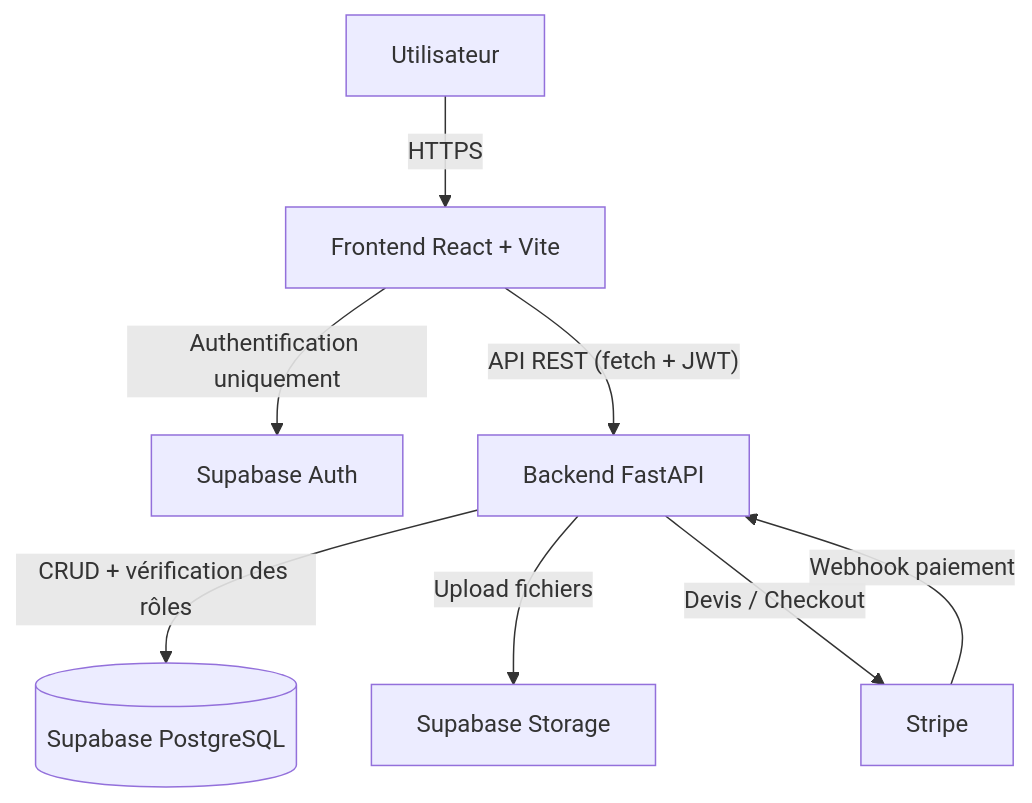
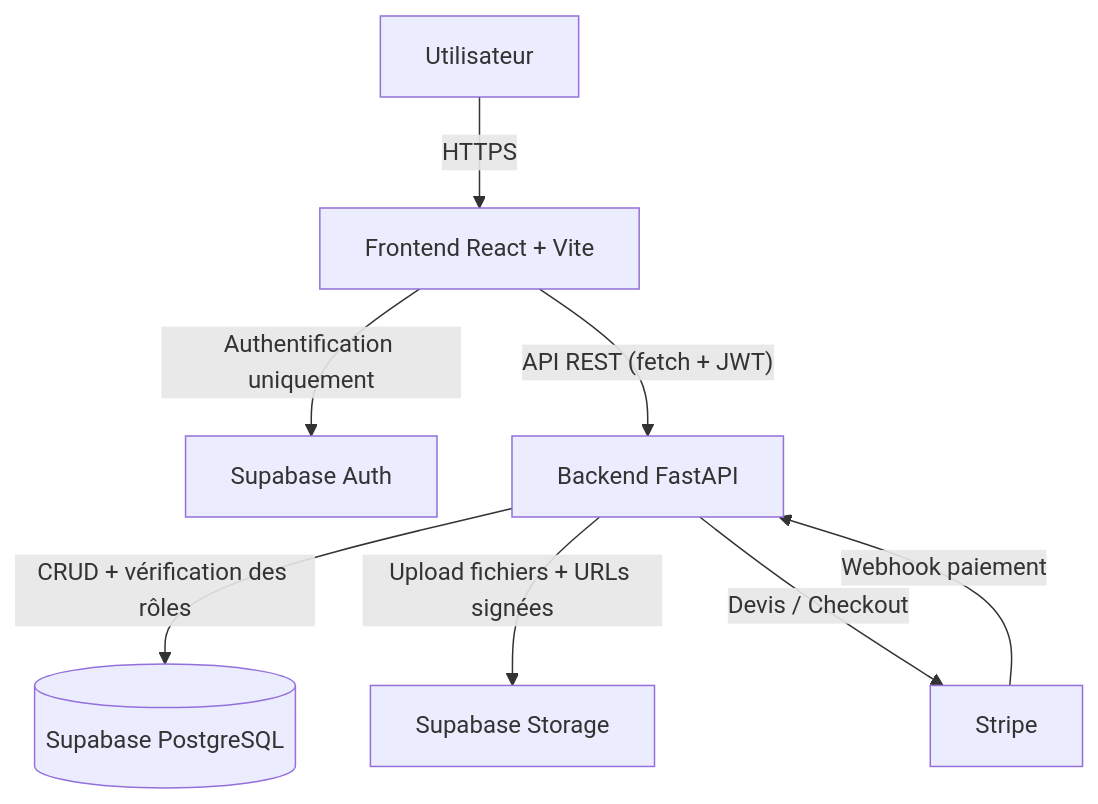
One commit to Zenkai92/Modelify changed the diagram in README.md. Above: the diagram before and after it, drawn with Mermaid. The commit also changed other lines of this file, not shown here.

````diff
--- a/README.md
+++ b/README.md
@@ -68,10 +72,10 @@
 ```mermaid
 graph TD
     User[Utilisateur] -->|HTTPS| React[Frontend React + Vite]
     React -->|Authentification uniquement| SupaAuth[Supabase Auth]
     React -->|"API REST (fetch + JWT)"| API[Backend FastAPI]
     API -->|CRUD + vérification des rôles| DB[(Supabase PostgreSQL)]
-    API -->|Upload fichiers| Storage[Supabase Storage]
+    API -->|Upload fichiers + URLs signées| Storage[Supabase Storage]
     API -->|Devis / Checkout| Stripe[Stripe]
     Stripe -->|Webhook paiement| API
 ```
````
